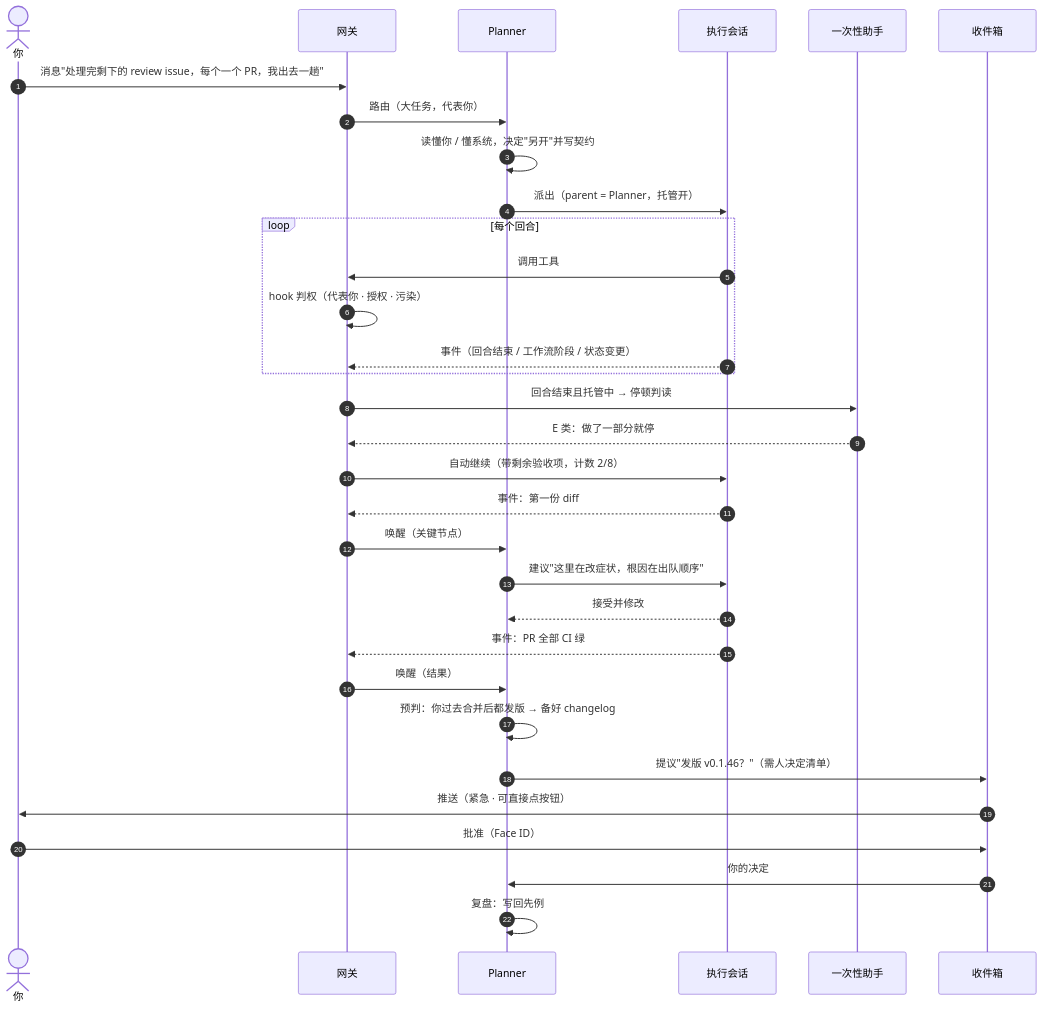
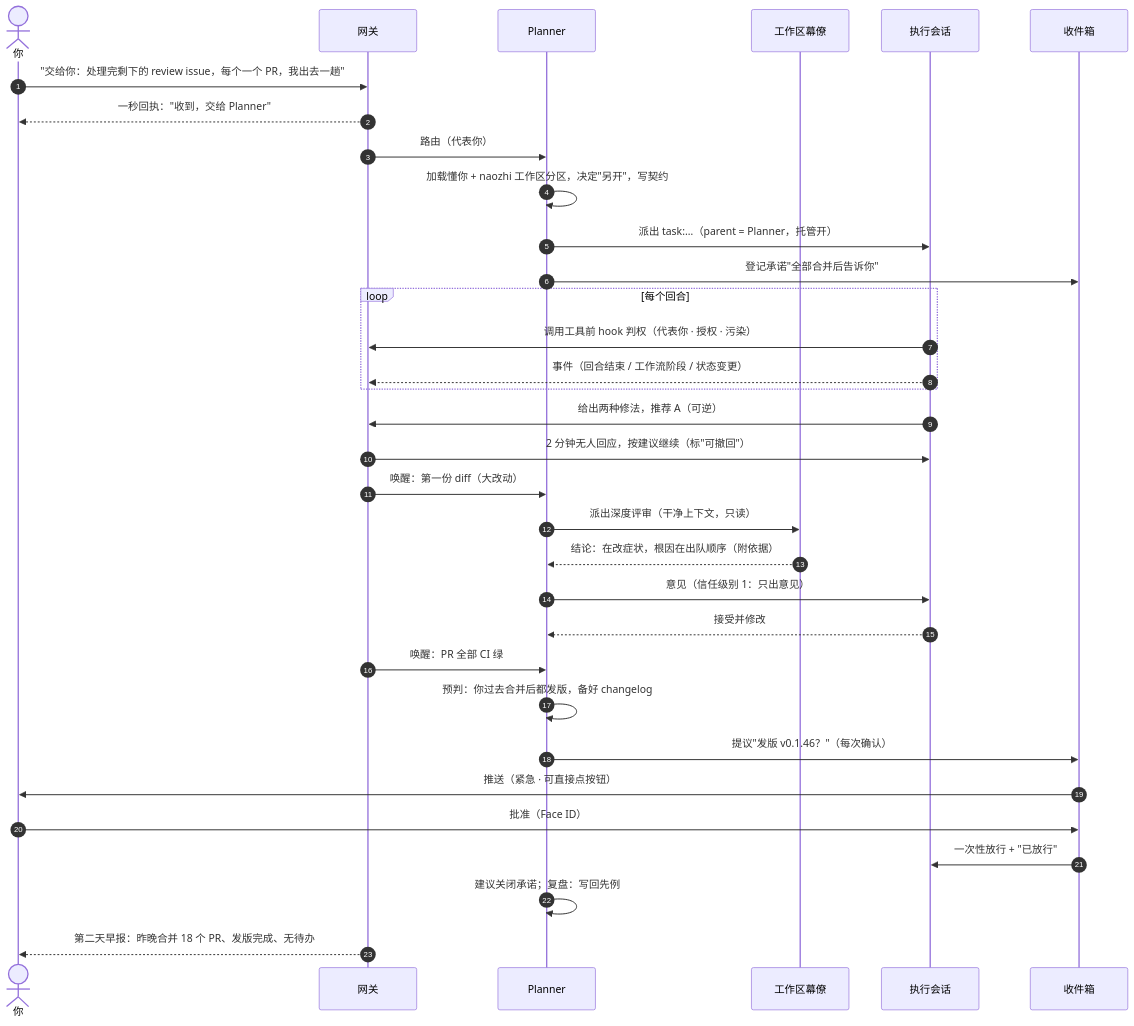
Before and after one commit to KevinZhao/naozhi: the third of 3 diagrams in docs/design/planner-object-model.md, drawn with Mermaid. The commit also changed other lines of this file and 4 other files, not shown here.

First line of the commit message:
docs(design): 按 planner v7 重画对象模型图与手机 / 桌面原型

````diff
--- a/docs/design/planner-object-model.md
+++ b/docs/design/planner-object-model.md
@@ -188,35 +201,36 @@
 ```mermaid
 sequenceDiagram
 autonumber
 actor 你
 participant 网关
 participant P as Planner
+participant A as 工作区幕僚
 participant S as 执行会话
-participant 助手 as 一次性助手
 participant 收件箱
 
-你->>网关: 消息"处理完剩下的 review issue，每个一个 PR，我出去一趟"
-网关->>P: 路由（大任务，代表你）
-P->>P: 读懂你 / 懂系统，决定"另开"并写契约
-P->>S: 派出（parent = Planner，托管开）
+你->>网关: "交给你：处理完剩下的 review issue，每个一个 PR，我出去一趟"
+网关-->>你: 一秒回执："收到，交给 Planner"
+网关->>P: 路由（代表你）
+P->>P: 加载懂你 + naozhi 工作区分区，决定"另开"，写契约
+P->>S: 派出 task:…（parent = Planner，托管开）
+P->>收件箱: 登记承诺"全部合并后告诉你"
 loop 每个回合
-  S->>网关: 调用工具
-  网关->>网关: hook 判权（代表你 · 授权 · 污染）
+  S->>网关: 调用工具前 hook 判权（代表你 · 授权 · 污染）
   S-->>网关: 事件（回合结束 / 工作流阶段 / 状态变更）
 end
-网关->>助手: 回合结束且托管中 → 停顿判读
-助手-->>网关: E 类：做了一部分就停
-网关->>S: 自动继续（带剩余验收项，计数 2/8）
-S-->>网关: 事件：第一份 diff
-网关->>P: 唤醒（关键节点）
-P->>S: 建议"这里在改症状，根因在出队顺序"
+S->>网关: 给出两种修法，推荐 A（可逆）
+网关->>S: 2 分钟无人回应，按建议继续（标"可撤回"）
+网关->>P: 唤醒：第一份 diff（大改动）
+P->>A: 派出深度评审（干净上下文，只读）
+A-->>P: 结论：在改症状，根因在出队顺序（附依据）
+P->>S: 意见（信任级别 1：只出意见）
 S-->>P: 接受并修改
-S-->>网关: 事件：PR 全部 CI 绿
-网关->>P: 唤醒（结果）
-P->>P: 预判：你过去合并后都发版 → 备好 changelog
-P->>收件箱: 提议"发版 v0.1.46？"（需人决定清单）
+网关->>P: 唤醒：PR 全部 CI 绿
+P->>P: 预判：你过去合并后都发版，备好 changelog
+P->>收件箱: 提议"发版 v0.1.46？"（每次确认）
 收件箱->>你: 推送（紧急 · 可直接点按钮）
 你->>收件箱: 批准（Face ID）
-收件箱->>P: 你的决定
-P->>P: 复盘：写回先例
+收件箱->>S: 一次性放行 + "已放行"
+P->>P: 建议关闭承诺；复盘：写回先例
+网关-->>你: 第二天早报：昨晚合并 18 个 PR、发版完成、无待办
 ```
````
